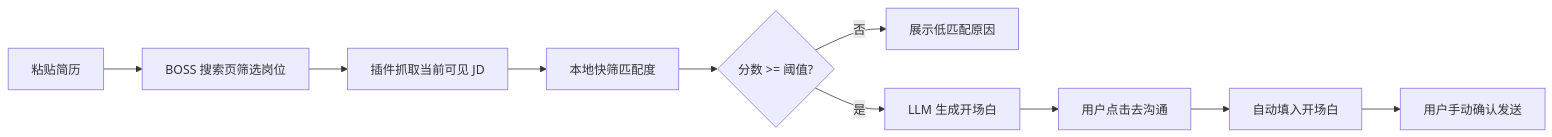
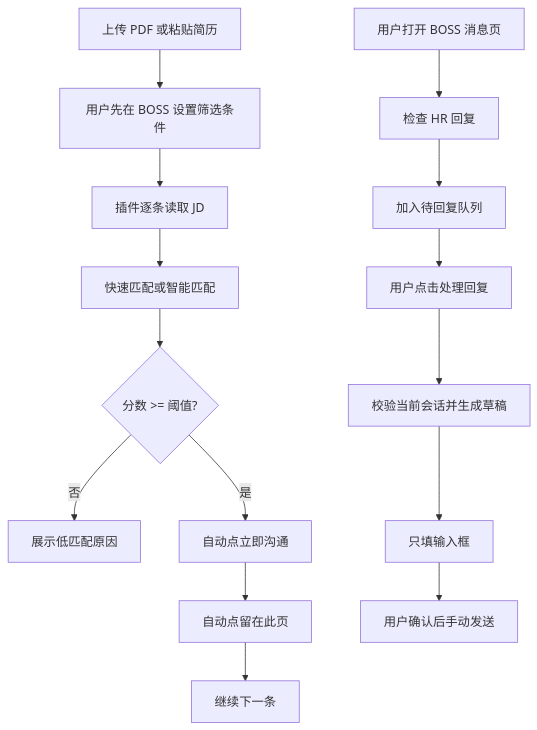
Before and after one commit to tylygzl/job-accelerator: the diagram in README.md, drawn with Mermaid. The commit also changed other lines of this file and 41 other files, not shown here.

````diff
--- a/README.md
+++ b/README.md
@@ -18,12 +39,17 @@
 ```mermaid
-flowchart LR
-    A["粘贴简历"] --> B["BOSS 搜索页筛选岗位"]
-    B --> C["插件抓取当前可见 JD"]
-    C --> D["本地快筛匹配度"]
+flowchart TD
+    A["上传 PDF 或粘贴简历"] --> B["用户先在 BOSS 设置筛选条件"]
+    B --> C["插件逐条读取 JD"]
+    C --> D["快速匹配或智能匹配"]
     D --> E{"分数 >= 阈值?"}
     E -- "否" --> F["展示低匹配原因"]
-    E -- "是" --> G["LLM 生成开场白"]
-    G --> H["用户点击去沟通"]
-    H --> I["自动填入开场白"]
-    I --> J["用户手动确认发送"]
+    E -- "是" --> G["自动点立即沟通"]
+    G --> H["自动点留在此页"]
+    H --> I["继续下一条"]
+    J["用户打开 BOSS 消息页"] --> K["检查 HR 回复"]
+    K --> L["加入待回复队列"]
+    L --> M["用户点击处理回复"]
+    M --> N["校验当前会话并生成草稿"]
+    N --> O["只填输入框"]
+    O --> P["用户确认后手动发送"]
 ```
````
